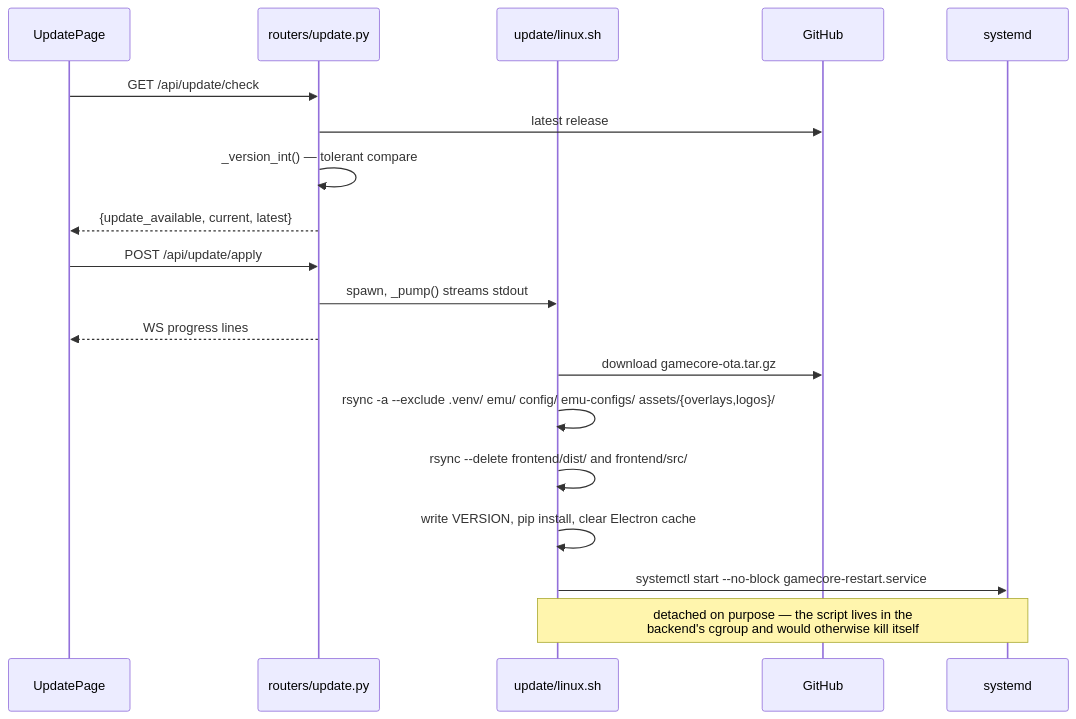
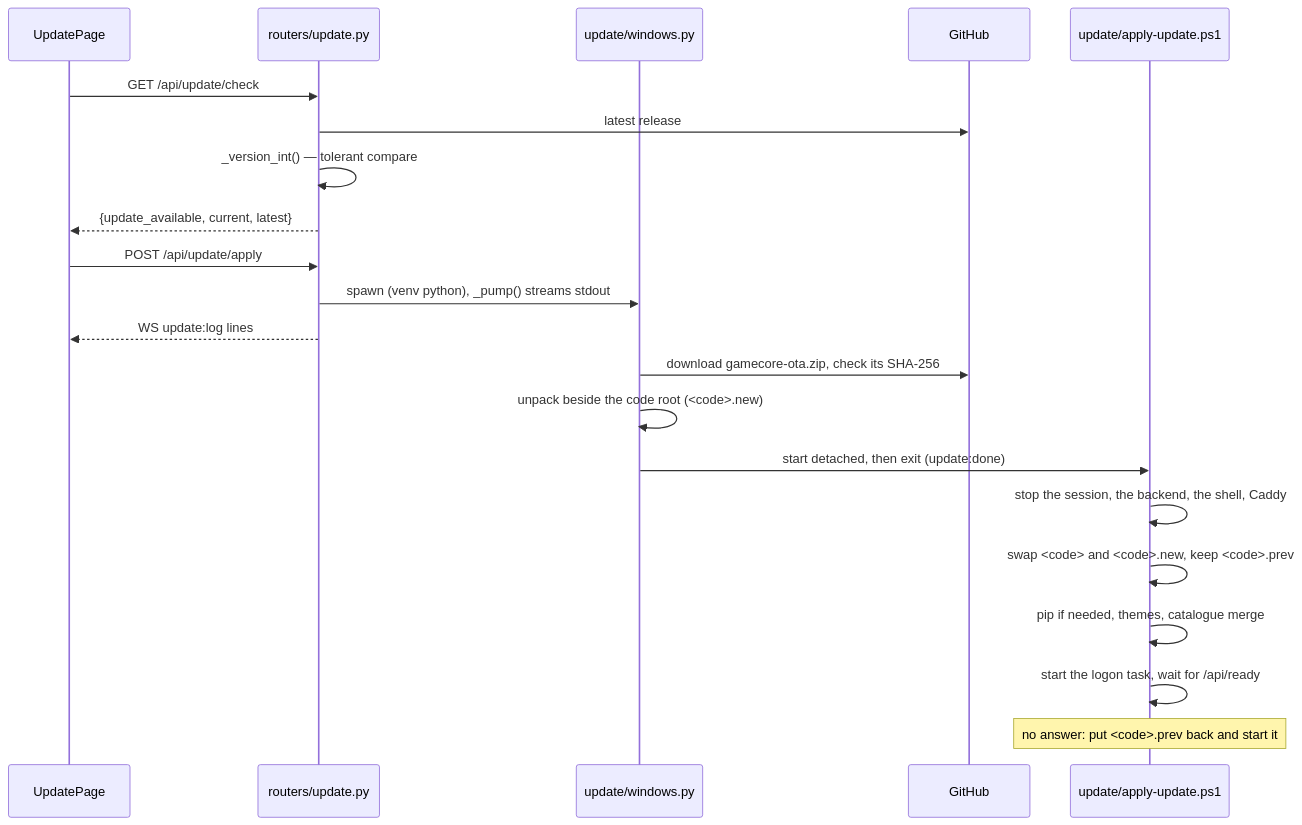
One commit to p4v1c/GamecoreWindows changed the sixth of 9 diagrams in docs/architecture/02-request-flows.md. Above: the diagram before and after it, drawn with Mermaid. The commit also changed other lines of this file and 17 other files, not shown here.

First line of the commit message:
feat(ota): update the Windows edition in two stages, with rollback

````diff
--- a/docs/architecture/02-request-flows.md
+++ b/docs/architecture/02-request-flows.md
@@ -166,22 +166,24 @@
 ```mermaid
 sequenceDiagram
     participant ui as UpdatePage
     participant r as routers/update.py
-    participant sh as update/linux.sh
+    participant s1 as update/windows.py
     participant gh as GitHub
-    participant sd as systemd
+    participant s2 as update/apply-update.ps1
 
     ui->>r: GET /api/update/check
     r->>gh: latest release
     r->>r: _version_int() — tolerant compare
     r-->>ui: {update_available, current, latest}
     ui->>r: POST /api/update/apply
-    r->>sh: spawn, _pump() streams stdout
-    r-->>ui: WS progress lines
-    sh->>gh: download gamecore-ota.tar.gz
-    sh->>sh: rsync -a --exclude .venv/ emu/ config/ emu-configs/ assets/{overlays,logos}/
-    sh->>sh: rsync --delete frontend/dist/ and frontend/src/
-    sh->>sh: write VERSION, pip install, clear Electron cache
-    sh->>sd: systemctl start --no-block gamecore-restart.service
-    Note over sh,sd: detached on purpose — the script lives in the<br/>backend's cgroup and would otherwise kill itself
+    r->>s1: spawn (venv python), _pump() streams stdout
+    r-->>ui: WS update:log lines
+    s1->>gh: download gamecore-ota.zip, check its SHA-256
+    s1->>s1: unpack beside the code root (<code>.new)
+    s1->>s2: start detached, then exit (update:done)
+    s2->>s2: stop the session, the backend, the shell, Caddy
+    s2->>s2: swap <code> and <code>.new, keep <code>.prev
+    s2->>s2: pip if needed, themes, catalogue merge
+    s2->>s2: start the logon task, wait for /api/ready
+    Note over s2: no answer: put <code>.prev back and start it
 ```
````
